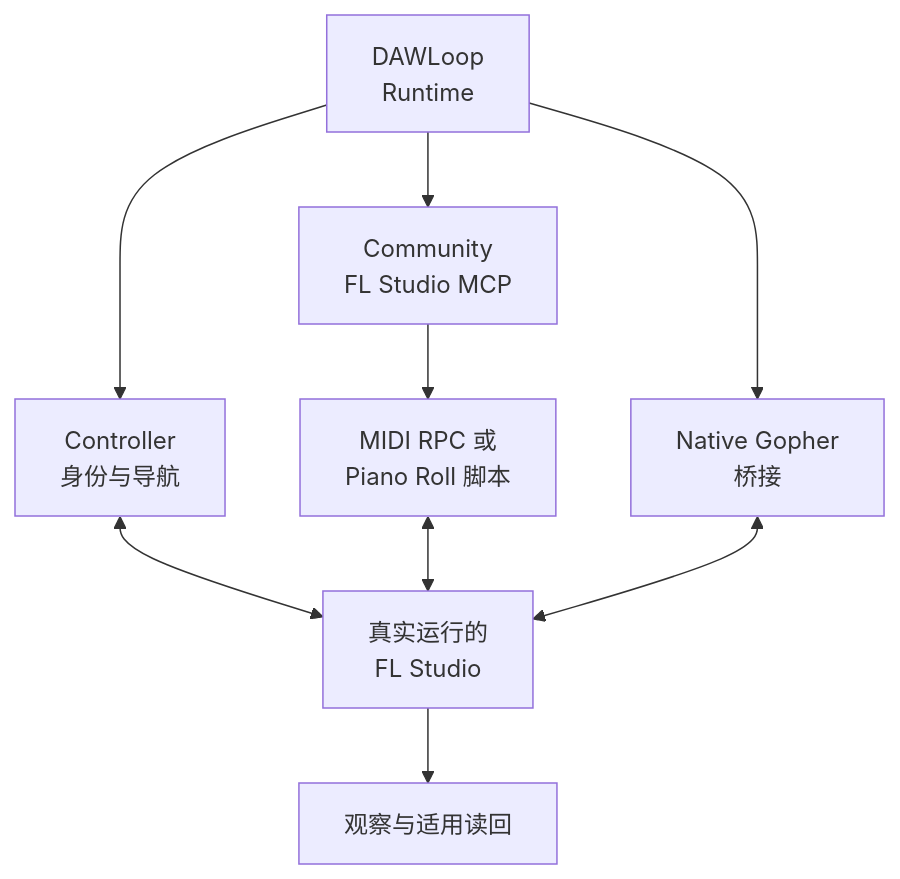
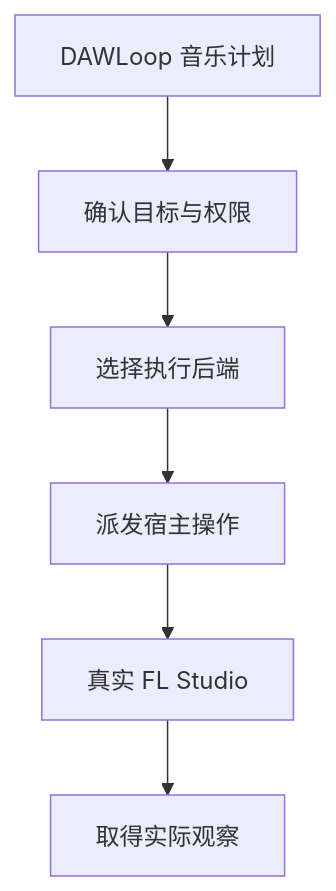
One commit to ryurikoneko/DAWLoop changed the third of 5 diagrams in README.md. Above: the diagram before and after it, drawn with Mermaid. The commit also changed other lines of this file and 7 other files, not shown here.

Commit message:
docs(readme): clarify live test scope and simplify narrow-screen diagrams

````diff
--- a/README.md
+++ b/README.md
@@ -90,11 +88,8 @@
 ```mermaid
 flowchart TD
-    R[DAWLoop<br/>Runtime] --> C[Controller<br/>身份与导航]
-    C <--> F[真实运行的<br/>FL Studio]
-    R --> M[Community<br/>FL Studio MCP]
-    M --> T[MIDI RPC 或<br/>Piano Roll 脚本]
-    T <--> F
-    R --> N[Native Gopher<br/>桥接]
-    N <--> F
-    F --> O[观察与适用读回]
+    A[DAWLoop 音乐计划] --> B[确认目标与权限]
+    B --> C[选择执行后端]
+    C --> D[派发宿主操作]
+    D --> E[真实 FL Studio]
+    E --> F[取得实际观察]
 ```
````
